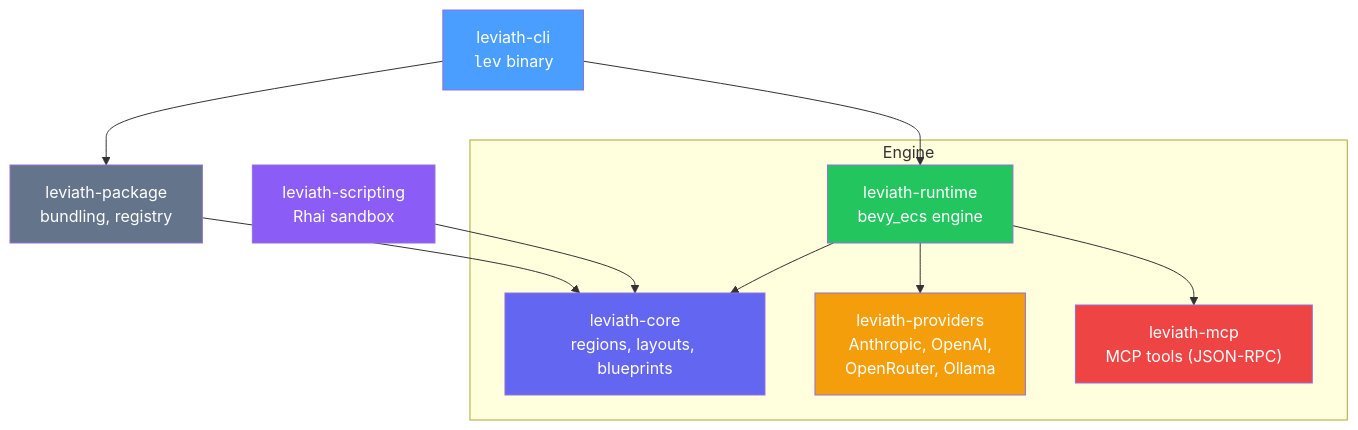
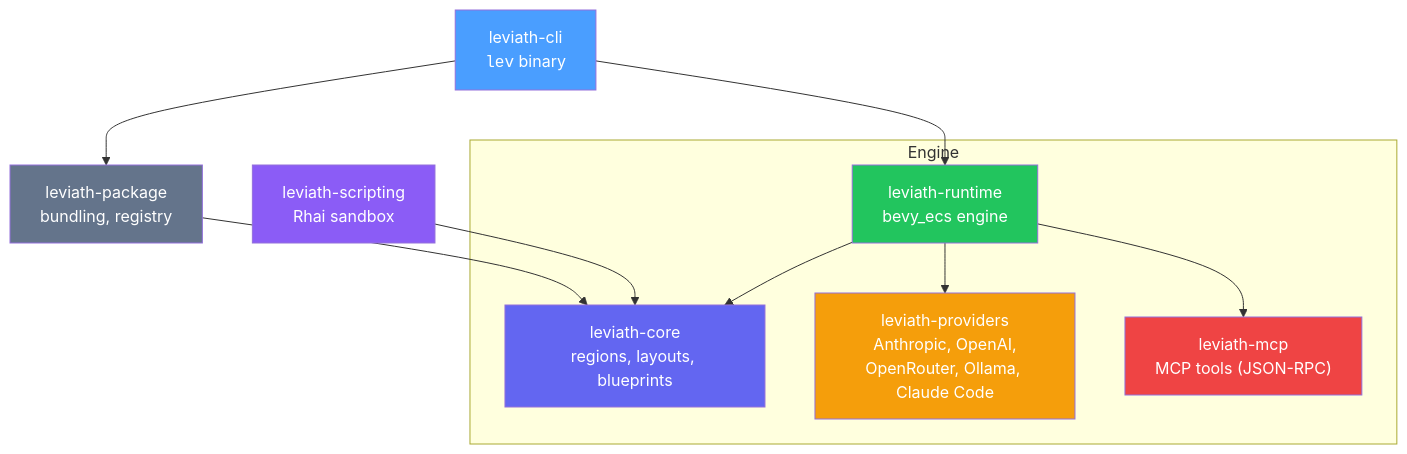
Before and after one commit to GEMISIS/leviath: the fifth of 5 diagrams in README.md, drawn with Mermaid. The commit also changed other lines of this file and 5 other files, not shown here.

First line of the commit message:
feat: claude-code provider + runtime warnings + fix test failures

````diff
--- a/README.md
+++ b/README.md
@@ -301,24 +324,24 @@
 ```mermaid
 graph TB
     CLI["leviath-cli<br><code>lev</code> binary"]
     CLI --> Runtime
     CLI --> Package
 
     subgraph Engine
         Runtime["leviath-runtime<br>bevy_ecs engine"]
         Runtime --> Core["leviath-core<br>regions, layouts, blueprints"]
-        Runtime --> Providers["leviath-providers<br>Anthropic, OpenAI,<br>OpenRouter, Ollama"]
+        Runtime --> Providers["leviath-providers<br>Anthropic, OpenAI,<br>OpenRouter, Ollama, Claude Code"]
         Runtime --> MCP["leviath-mcp<br>MCP tools (JSON-RPC)"]
     end
 
     Scripting["leviath-scripting<br>Rhai sandbox"] --> Core
     Package["leviath-package<br>bundling, registry"] --> Core
 
     style CLI fill:#4a9eff,color:#fff
     style Runtime fill:#22c55e,color:#fff
     style Core fill:#6366f1,color:#fff
     style Providers fill:#f59e0b,color:#fff
     style MCP fill:#ef4444,color:#fff
     style Scripting fill:#8b5cf6,color:#fff
     style Package fill:#64748b,color:#fff
 ```
````
